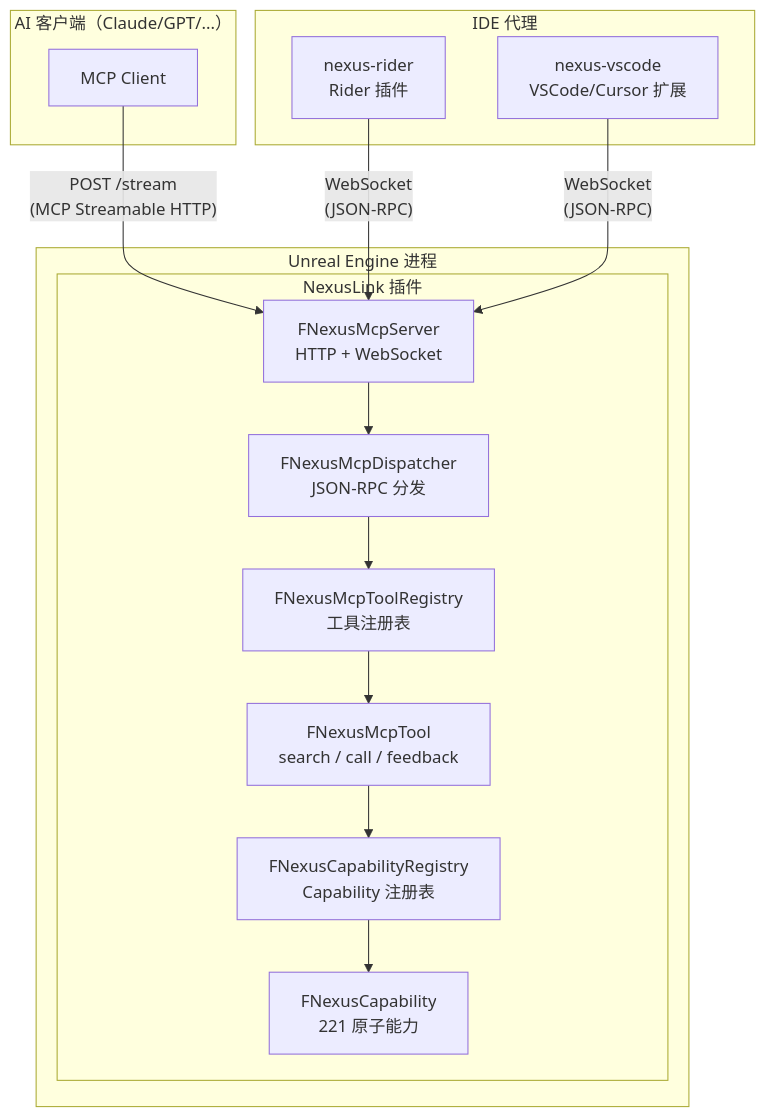
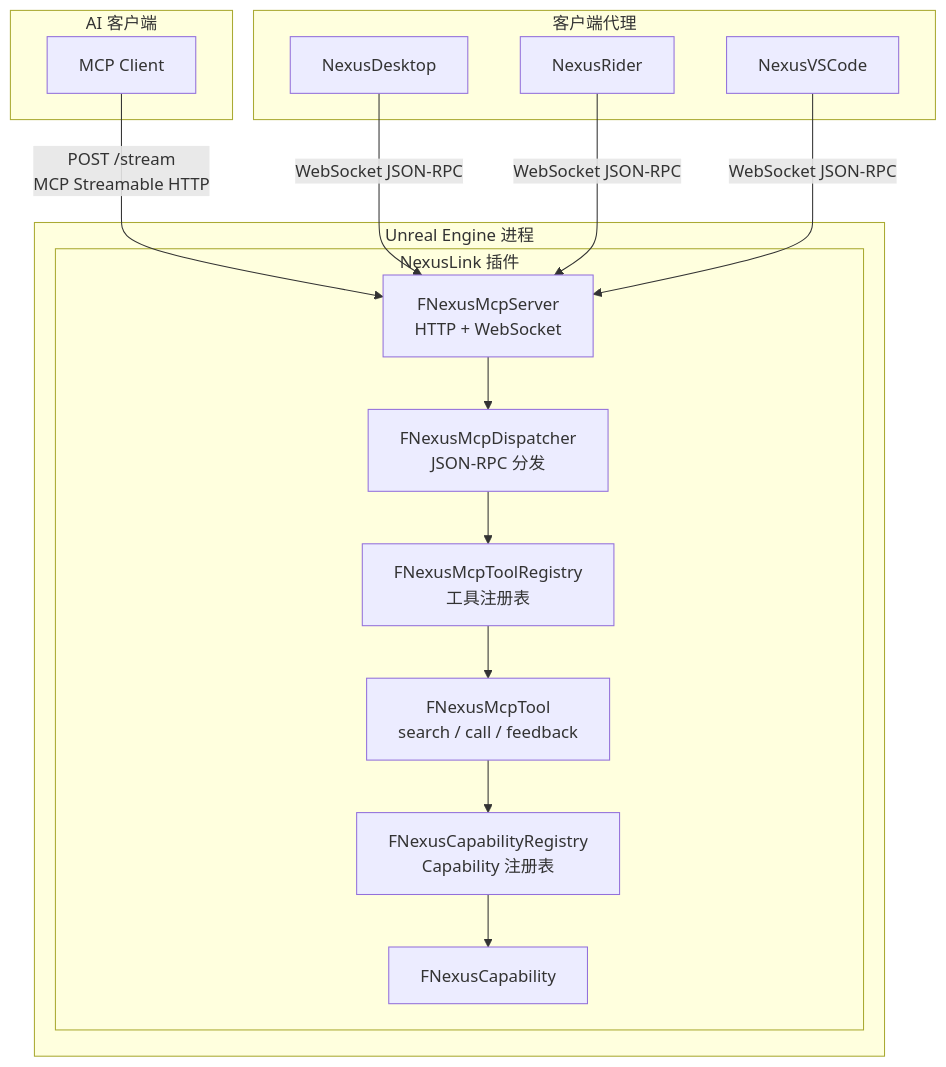
The first of 6 diagrams in docs/architecture.md (bytepine/NexusLink), drawn with Mermaid before and after one commit. The commit also changed other lines of this file and 6 other files, not shown here.

````diff
--- a/docs/architecture.md
+++ b/docs/architecture.md
@@ -5,31 +5,33 @@
 ```mermaid
 graph TB
-    subgraph AI["AI 客户端（Claude/GPT/...）"]
+    subgraph AI["AI 客户端"]
         MCP_Client[MCP Client]
     end
 
-    subgraph IDE["IDE 代理"]
-        Rider[nexus-rider<br>Rider 插件]
-        VSCode[nexus-vscode<br>VSCode/Cursor 扩展]
+    subgraph Clients["客户端代理"]
+        Desktop[NexusDesktop]
+        Rider[NexusRider]
+        VSCode[NexusVSCode]
     end
 
     subgraph UE["Unreal Engine 进程"]
         subgraph NexusLink["NexusLink 插件"]
             Server[FNexusMcpServer<br>HTTP + WebSocket]
             Dispatcher[FNexusMcpDispatcher<br>JSON-RPC 分发]
             ToolRegistry[FNexusMcpToolRegistry<br>工具注册表]
             CapRegistry[FNexusCapabilityRegistry<br>Capability 注册表]
             Tools[FNexusMcpTool<br>search / call / feedback]
-            Caps[FNexusCapability<br>221 原子能力]
+            Caps[FNexusCapability]
         end
     end
 
-    MCP_Client -->|"POST /stream<br>(MCP Streamable HTTP)"| Server
-    Rider -->|"WebSocket<br>(JSON-RPC)"| Server
-    VSCode -->|"WebSocket<br>(JSON-RPC)"| Server
+    MCP_Client -->|"POST /stream<br>MCP Streamable HTTP"| Server
+    Desktop -->|"WebSocket JSON-RPC"| Server
+    Rider -->|"WebSocket JSON-RPC"| Server
+    VSCode -->|"WebSocket JSON-RPC"| Server
     Server --> Dispatcher
     Dispatcher --> ToolRegistry
     ToolRegistry --> Tools
     Tools --> CapRegistry
     CapRegistry --> Caps
 ```
````
